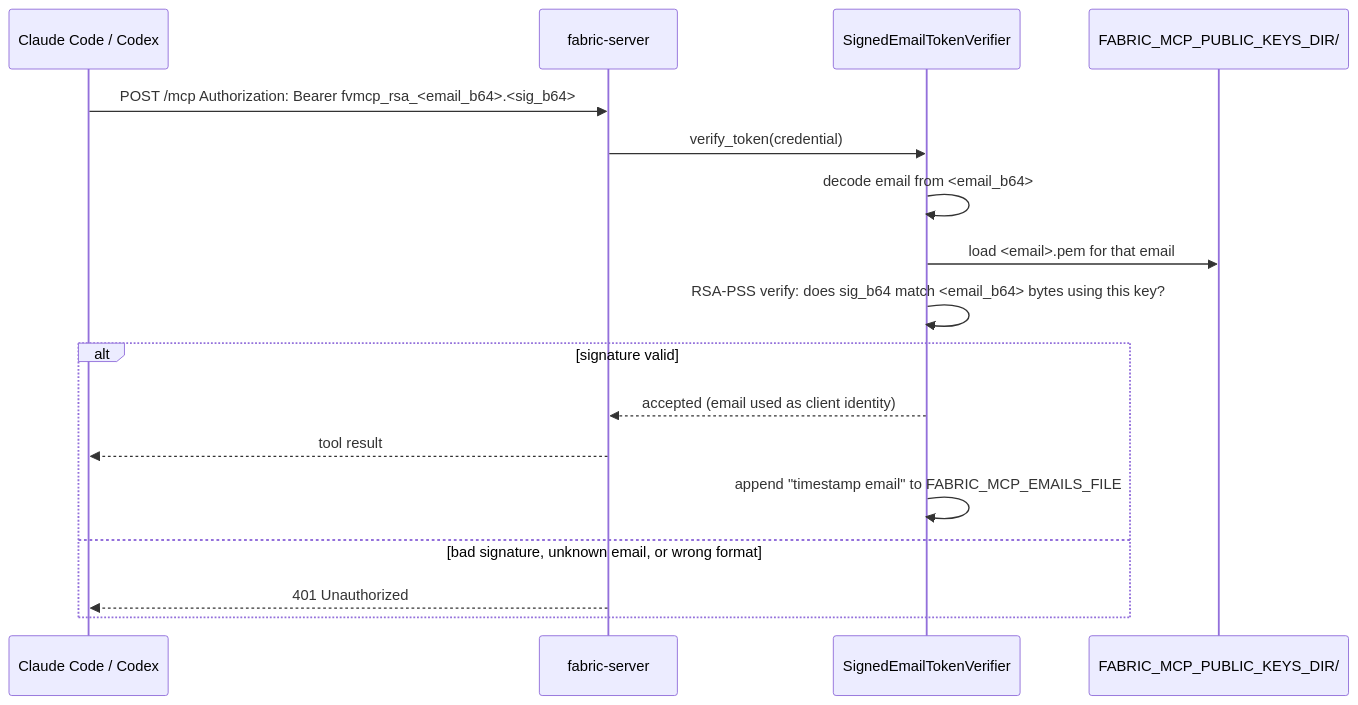
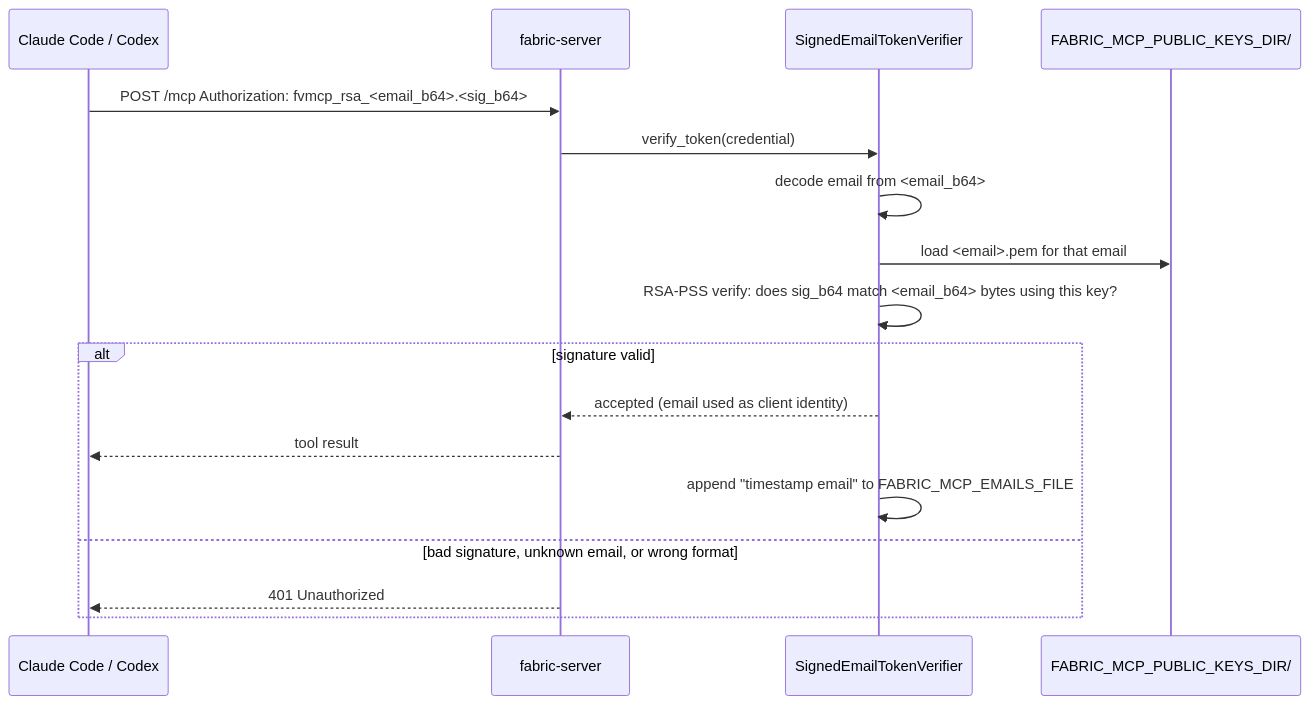
Before and after one commit to scardoso-lu/fabric-skills-settings: the second of 2 diagrams in docs/mcp-auth-flow.md, drawn with Mermaid. The commit also changed other lines of this file, not shown here.

First line of the commit message:
docs: remove Bearer wrapper from mcp-auth-flow — signed string stored as-is

````diff
--- a/docs/mcp-auth-flow.md
+++ b/docs/mcp-auth-flow.md
@@ -70,20 +100,20 @@
 ```mermaid
 sequenceDiagram
     participant Agent as Claude Code / Codex
     participant Server as fabric-server
     participant Verifier as SignedEmailTokenVerifier
     participant Keys as FABRIC_MCP_PUBLIC_KEYS_DIR/
 
-    Agent->>Server: POST /mcp  Authorization: Bearer fvmcp_rsa_<email_b64>.<sig_b64>
+    Agent->>Server: POST /mcp  Authorization: fvmcp_rsa_<email_b64>.<sig_b64>
     Server->>Verifier: verify_token(credential)
     Verifier->>Verifier: decode email from <email_b64>
     Verifier->>Keys: load <email>.pem for that email
     Verifier->>Verifier: RSA-PSS verify: does sig_b64 match <email_b64> bytes using this key?
     alt signature valid
         Verifier-->>Server: accepted (email used as client identity)
         Server-->>Agent: tool result
         Verifier->>Verifier: append "timestamp email" to FABRIC_MCP_EMAILS_FILE
     else bad signature, unknown email, or wrong format
         Server-->>Agent: 401 Unauthorized
     end
 ```
````
